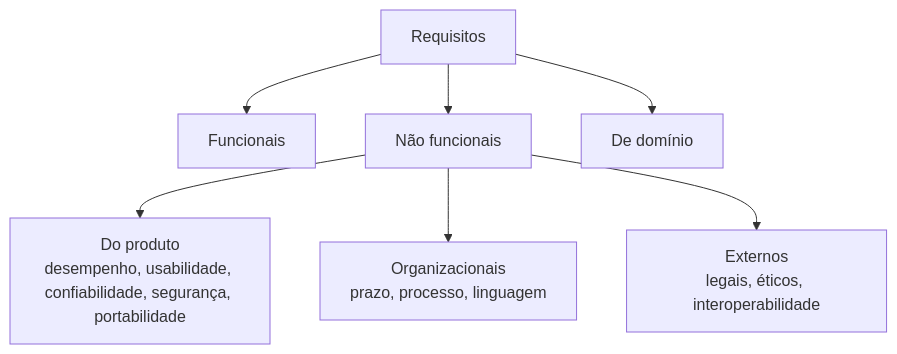
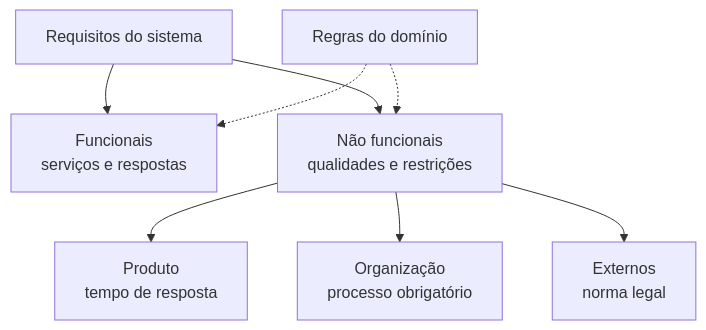
The diagram in content/enade/engenharia-de-requisitos/requisitos-fundamentos.md (pedrotescaro/Stacklyst), drawn with Mermaid before and after one commit. The commit also changed other lines of this file and 84 other files, not shown here.

Commit message:
feat(enade): redraw study library diagrams

````diff
--- a/content/enade/engenharia-de-requisitos/requisitos-fundamentos.md
+++ b/content/enade/engenharia-de-requisitos/requisitos-fundamentos.md
@@ -105,9 +105,10 @@
-```mermaid Tipos de requisitos (classificação de Sommerville)
+```mermaid Requisitos funcionais e não funcionais
 flowchart TD
-  R[Requisitos] --> F[Funcionais]
-  R --> N[Não funcionais]
-  R --> D[De domínio]
-  N --> P[Do produto<br/>desempenho, usabilidade, confiabilidade, segurança, portabilidade]
-  N --> O[Organizacionais<br/>prazo, processo, linguagem]
-  N --> E[Externos<br/>legais, éticos, interoperabilidade]
+  S["Requisitos do sistema"] --> F["Funcionais<br/>serviços e respostas"]
+  S --> N["Não funcionais<br/>qualidades e restrições"]
+  N --> P["Produto<br/>tempo de resposta"]
+  N --> O["Organização<br/>processo obrigatório"]
+  N --> E["Externos<br/>norma legal"]
+  D["Regras do domínio"] -.-> F
+  D -.-> N
 ```
````
